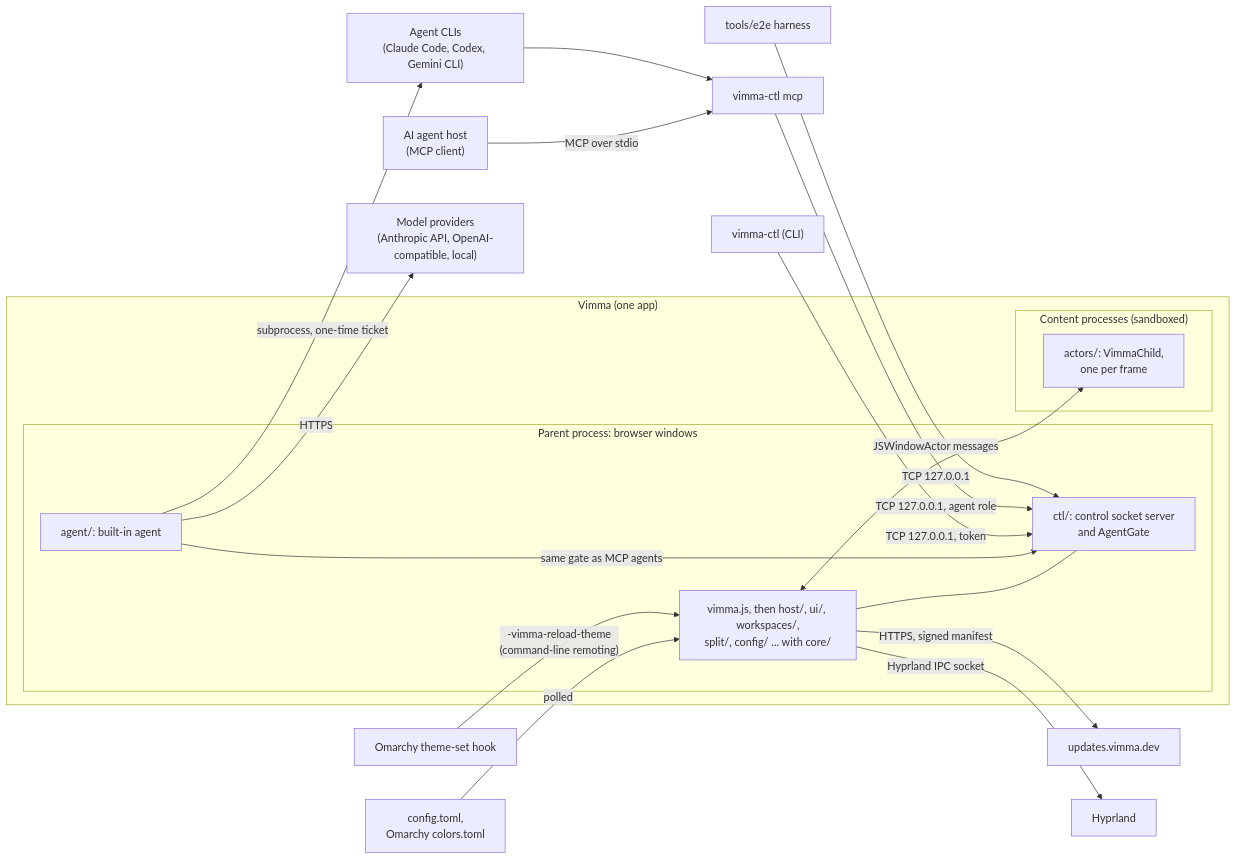
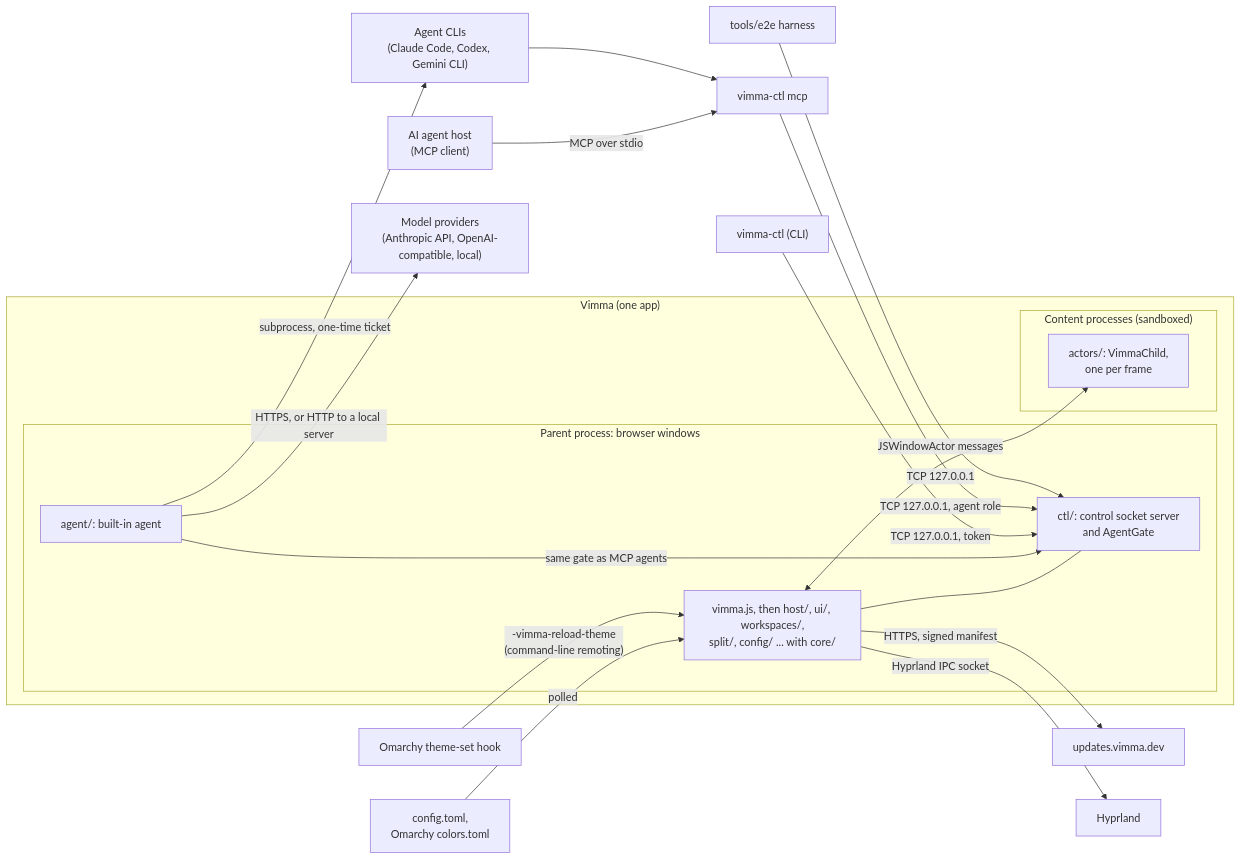
One commit to vimma-browser/vimma changed the diagram in ARCHITECTURE.md. Above: the diagram before and after it, drawn with Mermaid. The commit also changed other lines of this file and 10 other files, not shown here.

First line of the commit message:
ci: run arch-lint in CI and address the review of the architecture docs

````diff
--- a/ARCHITECTURE.md
+++ b/ARCHITECTURE.md
@@ -51,27 +51,27 @@
 ```mermaid
 flowchart LR
   subgraph vimma["Vimma (one app)"]
     subgraph parent["Parent process: browser windows"]
       chrome["vimma.js, then host/, ui/, workspaces/,<br/>split/, config/ ... with core/"]
       ctl["ctl/: control socket server<br/>and AgentGate"]
       agent["agent/: built-in agent"]
     end
     subgraph content["Content processes (sandboxed)"]
       child["actors/: VimmaChild,<br/>one per frame"]
     end
     chrome <-- "JSWindowActor messages" --> child
     chrome --- ctl
     agent -- "same gate as MCP agents" --> ctl
   end
   cli["vimma-ctl (CLI)"] -- "TCP 127.0.0.1, token" --> ctl
   mcp["vimma-ctl mcp"] -- "TCP 127.0.0.1, agent role" --> ctl
   host["AI agent host<br/>(MCP client)"] -- "MCP over stdio" --> mcp
   e2e["tools/e2e harness"] -- "TCP 127.0.0.1" --> ctl
-  agent -- "HTTPS" --> models["Model providers<br/>(Anthropic API, OpenAI-compatible, local)"]
+  agent -- "HTTPS, or HTTP to a local server" --> models["Model providers<br/>(Anthropic API, OpenAI-compatible, local)"]
   agent -- "subprocess, one-time ticket" --> clis["Agent CLIs<br/>(Claude Code, Codex, Gemini CLI)"]
   clis --> mcp
   chrome -- "HTTPS, signed manifest" --> updates["updates.vimma.dev"]
   files["config.toml,<br/>Omarchy colors.toml"] -- "polled" --> chrome
   omarchy["Omarchy theme-set hook"] -- "-vimma-reload-theme<br/>(command-line remoting)" --> chrome
   chrome -- "Hyprland IPC socket" --> hypr["Hyprland"]
 ```
````
